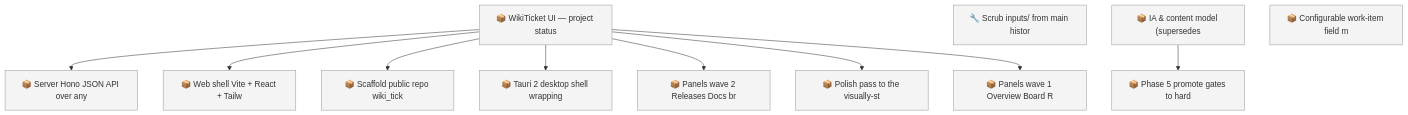
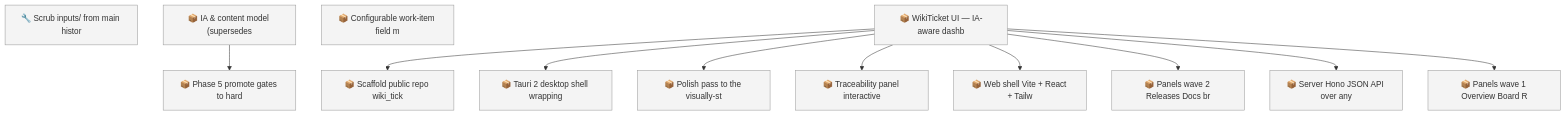
The first of 2 diagrams in docs/roadmap.md (SpillwaveSolutions/wiki_ticket_sdd), drawn with Mermaid before and after one commit. The commit also changed other lines of this file and 12 other files, not shown here.

First line of the commit message:
plan(ui): supersede wiki-ticket-ui with IA-aware wiki-ticket-ui-ia (epic 01KY5VY0TD, #113-#121)

````diff
--- a/docs/roadmap.md
+++ b/docs/roadmap.md
@@ -70,25 +73,27 @@
 ```mermaid
 graph TD
-    01KY111BC71KJGNH55CB2DWMKN["📦 Server Hono JSON API over any"]
-    01KY111BC7B70C7M2RF1E57G17["📦 Web shell Vite + React + Tailw"]
-    01KY111BC7NJ4BE7JBDK2P6Y56["📦 Scaffold public repo wiki_tick"]
-    01KY111BC7PABV8W6SDNVQACSN["📦 WikiTicket UI — project status"]
-    01KY111BC842N3J7Y7H85NHSEG["📦 Tauri 2 desktop shell wrapping"]
-    01KY111BC88FS6QD49JADZ9CJ5["📦 Panels wave 2 Releases Docs br"]
-    01KY111BC8F9BH0T3TERYEFC3C["📦 Polish pass to the visually-st"]
-    01KY111BC8QJAS9KH7N368N6RF["📦 Panels wave 1 Overview Board R"]
     01KY2KHHF43KAZ54F57BQW71TD["🔧 Scrub inputs/ from main histor"]
     01KY5G9ZW0H2YMNWDFJYGRPYE5["📦 IA & content model (supersedes"]
     01KY5G9ZW0RABXWHEMEP1FAV2G["📦 Phase 5 promote gates to hard"]
     01KY5NE0ZYGBWG44N0KPEBFCZ8["📦 Configurable work-item field m"]
-    01KY111BC7PABV8W6SDNVQACSN --> 01KY111BC71KJGNH55CB2DWMKN
-    01KY111BC7PABV8W6SDNVQACSN --> 01KY111BC7B70C7M2RF1E57G17
-    01KY111BC7PABV8W6SDNVQACSN --> 01KY111BC7NJ4BE7JBDK2P6Y56
-    01KY111BC7PABV8W6SDNVQACSN --> 01KY111BC842N3J7Y7H85NHSEG
-    01KY111BC7PABV8W6SDNVQACSN --> 01KY111BC88FS6QD49JADZ9CJ5
-    01KY111BC7PABV8W6SDNVQACSN --> 01KY111BC8F9BH0T3TERYEFC3C
-    01KY111BC7PABV8W6SDNVQACSN --> 01KY111BC8QJAS9KH7N368N6RF
+    01KY5VY0TDSWJE6W80CNCWA8QA["📦 WikiTicket UI — IA-aware dashb"]
+    01KY5VY0TDTD7PQDT6EVD5AG9N["📦 Scaffold public repo wiki_tick"]
+    01KY5VY0TE7G7ZC5W20T3KAXJ7["📦 Tauri 2 desktop shell wrapping"]
+    01KY5VY0TE8B6RXVX1MQYJZ0TH["📦 Polish pass to the visually-st"]
+    01KY5VY0TE8EZPWNZPZWSPTSAR["📦 Traceability panel interactive"]
+    01KY5VY0TEK8XSGP2SG57GF0KT["📦 Web shell Vite + React + Tailw"]
+    01KY5VY0TEKXBXK91S9ZFZTJZ5["📦 Panels wave 2 Releases Docs br"]
+    01KY5VY0TEW87KK6AW6FQTYGZ9["📦 Server Hono JSON API over any"]
+    01KY5VY0TEWBMZK5W6YJN5FQ9D["📦 Panels wave 1 Overview Board R"]
     01KY5G9ZW0H2YMNWDFJYGRPYE5 --> 01KY5G9ZW0RABXWHEMEP1FAV2G
+    01KY5VY0TDSWJE6W80CNCWA8QA --> 01KY5VY0TDTD7PQDT6EVD5AG9N
+    01KY5VY0TDSWJE6W80CNCWA8QA --> 01KY5VY0TE7G7ZC5W20T3KAXJ7
+    01KY5VY0TDSWJE6W80CNCWA8QA --> 01KY5VY0TE8B6RXVX1MQYJZ0TH
+    01KY5VY0TDSWJE6W80CNCWA8QA --> 01KY5VY0TE8EZPWNZPZWSPTSAR
+    01KY5VY0TDSWJE6W80CNCWA8QA --> 01KY5VY0TEK8XSGP2SG57GF0KT
+    01KY5VY0TDSWJE6W80CNCWA8QA --> 01KY5VY0TEKXBXK91S9ZFZTJZ5
+    01KY5VY0TDSWJE6W80CNCWA8QA --> 01KY5VY0TEW87KK6AW6FQTYGZ9
+    01KY5VY0TDSWJE6W80CNCWA8QA --> 01KY5VY0TEWBMZK5W6YJN5FQ9D
     classDef todo fill:#f4f4f4,stroke:#999999
-    class 01KY111BC71KJGNH55CB2DWMKN,01KY111BC7B70C7M2RF1E57G17,01KY111BC7NJ4BE7JBDK2P6Y56,01KY111BC7PABV8W6SDNVQACSN,01KY111BC842N3J7Y7H85NHSEG,01KY111BC88FS6QD49JADZ9CJ5,01KY111BC8F9BH0T3TERYEFC3C,01KY111BC8QJAS9KH7N368N6RF,01KY2KHHF43KAZ54F57BQW71TD,01KY5G9ZW0H2YMNWDFJYGRPYE5,01KY5G9ZW0RABXWHEMEP1FAV2G,01KY5NE0ZYGBWG44N0KPEBFCZ8 todo
+    class 01KY2KHHF43KAZ54F57BQW71TD,01KY5G9ZW0H2YMNWDFJYGRPYE5,01KY5G9ZW0RABXWHEMEP1FAV2G,01KY5NE0ZYGBWG44N0KPEBFCZ8,01KY5VY0TDSWJE6W80CNCWA8QA,01KY5VY0TDTD7PQDT6EVD5AG9N,01KY5VY0TE7G7ZC5W20T3KAXJ7,01KY5VY0TE8B6RXVX1MQYJZ0TH,01KY5VY0TE8EZPWNZPZWSPTSAR,01KY5VY0TEK8XSGP2SG57GF0KT,01KY5VY0TEKXBXK91S9ZFZTJZ5,01KY5VY0TEW87KK6AW6FQTYGZ9,01KY5VY0TEWBMZK5W6YJN5FQ9D todo
 ```
````
